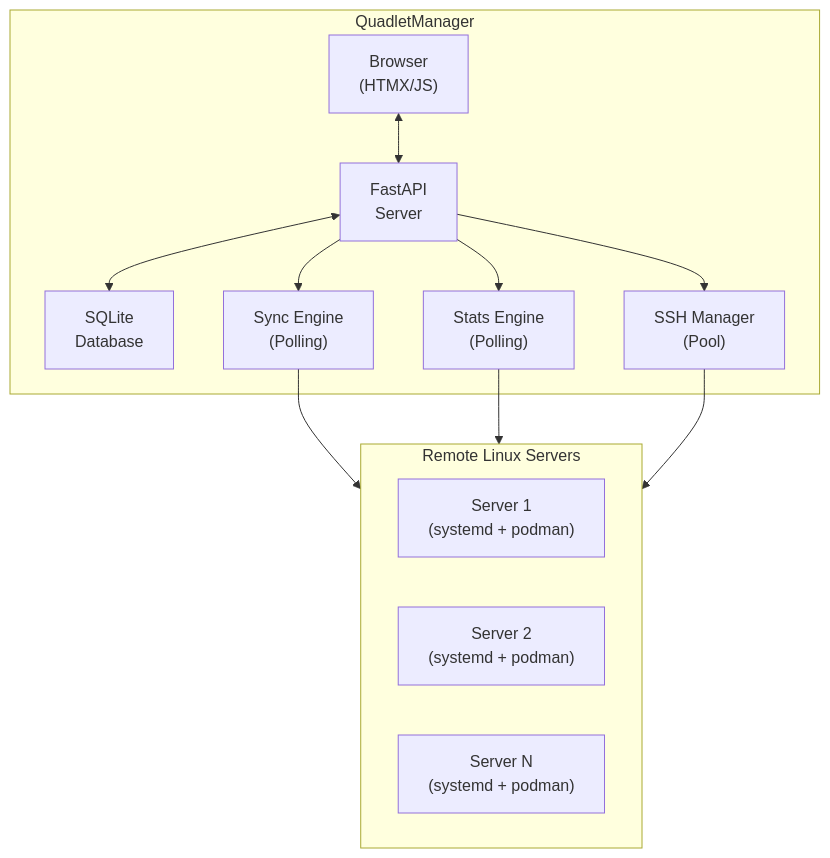
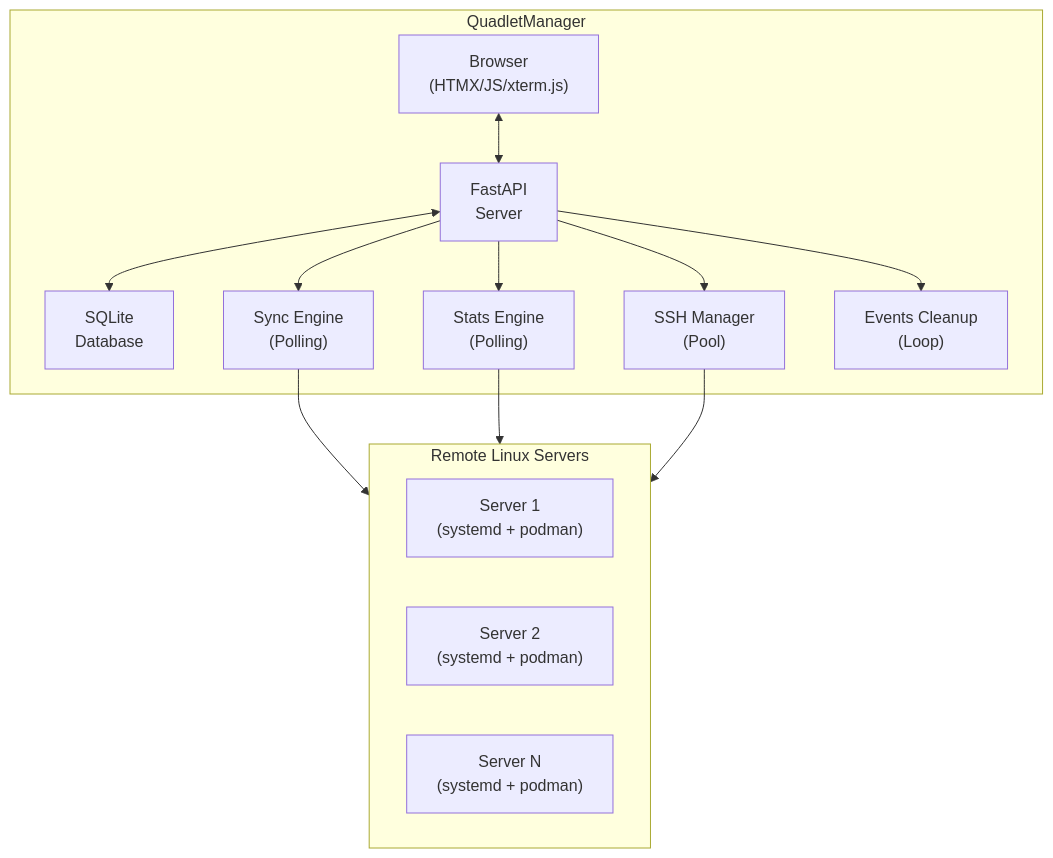
The first of 8 diagrams in docs/ARCHITECTURE.md (karoltheguy/QuadletManager), drawn with Mermaid before and after one commit. The commit also changed other lines of this file, not shown here.

Commit message:
docs: update architecture documentation to include terminal support, container event tracking, theme management, and expanded API endpoints.

````diff
--- a/docs/ARCHITECTURE.md
+++ b/docs/ARCHITECTURE.md
@@ -25,29 +25,31 @@
 ```mermaid
 flowchart TB
     subgraph QM["QuadletManager"]
-        Browser["Browser\n(HTMX/JS)"]
+        Browser["Browser\n(HTMX/JS/xterm.js)"]
         FastAPI["FastAPI\nServer"]
         SQLite["SQLite\nDatabase"]
         
         Browser <--> FastAPI
         FastAPI <--> SQLite
         
         SyncEngine["Sync Engine\n(Polling)"]
         StatsEngine["Stats Engine\n(Polling)"]
         SSHManager["SSH Manager\n(Pool)"]
+        EventsLoop["Events Cleanup\n(Loop)"]
         
         FastAPI --> SyncEngine
         FastAPI --> StatsEngine
         FastAPI --> SSHManager
+        FastAPI --> EventsLoop
     end
     
     subgraph Remote["Remote Linux Servers"]
         Server1["Server 1\n(systemd + podman)"]
         Server2["Server 2\n(systemd + podman)"]
         ServerN["Server N\n(systemd + podman)"]
     end
     
     SyncEngine --> Remote
     StatsEngine --> Remote
     SSHManager --> Remote
 ```
````
